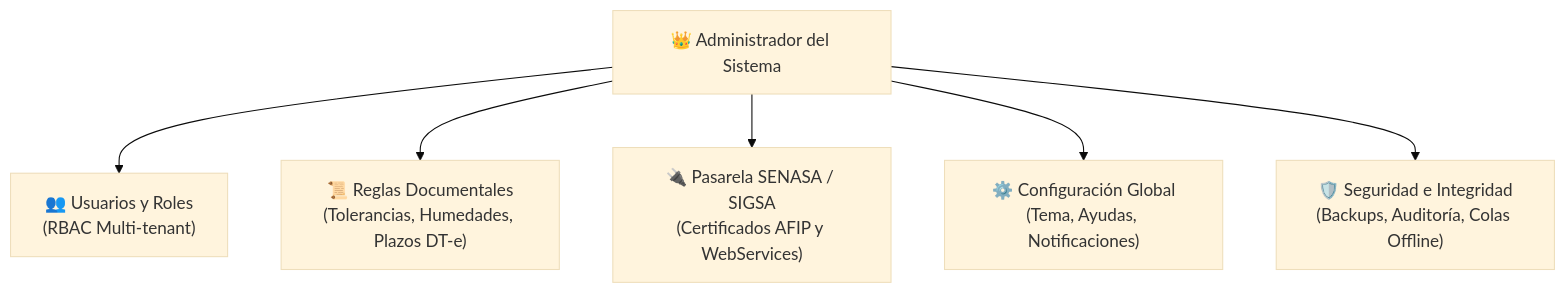
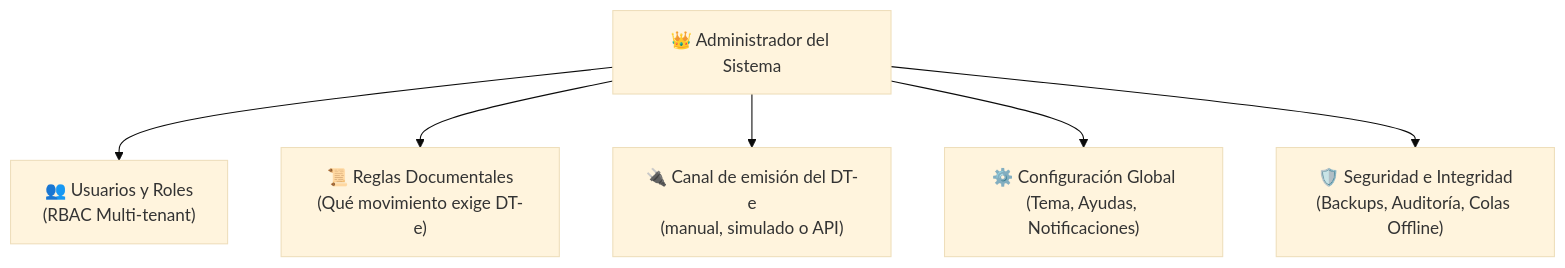
The first of 2 diagrams in docs/manuales/06-manual-administrador.md (josephred/ApiTrace), drawn with Mermaid (base theme) before and after one commit. The commit also changed other lines of this file and 114 other files, not shown here.

````diff
--- a/docs/manuales/06-manual-administrador.md
+++ b/docs/manuales/06-manual-administrador.md
@@ -16,10 +16,10 @@
 ```mermaid
 flowchart TD
     Admin["👑 Administrador del Sistema"]
     
     Admin --> U["👥 Usuarios y Roles\n(RBAC Multi-tenant)"]
-    Admin --> R["📜 Reglas Documentales\n(Tolerancias, Humedades, Plazos DT-e)"]
-    Admin --> G["🔌 Pasarela SENASA / SIGSA\n(Certificados AFIP y WebServices)"]
+    Admin --> R["📜 Reglas Documentales\n(Qué movimiento exige DT-e)"]
+    Admin --> G["🔌 Canal de emisión del DT-e\n(manual, simulado o API)"]
     Admin --> C["⚙️ Configuración Global\n(Tema, Ayudas, Notificaciones)"]
     Admin --> S["🛡️ Seguridad e Integridad\n(Backups, Auditoría, Colas Offline)"]
 ```
````
